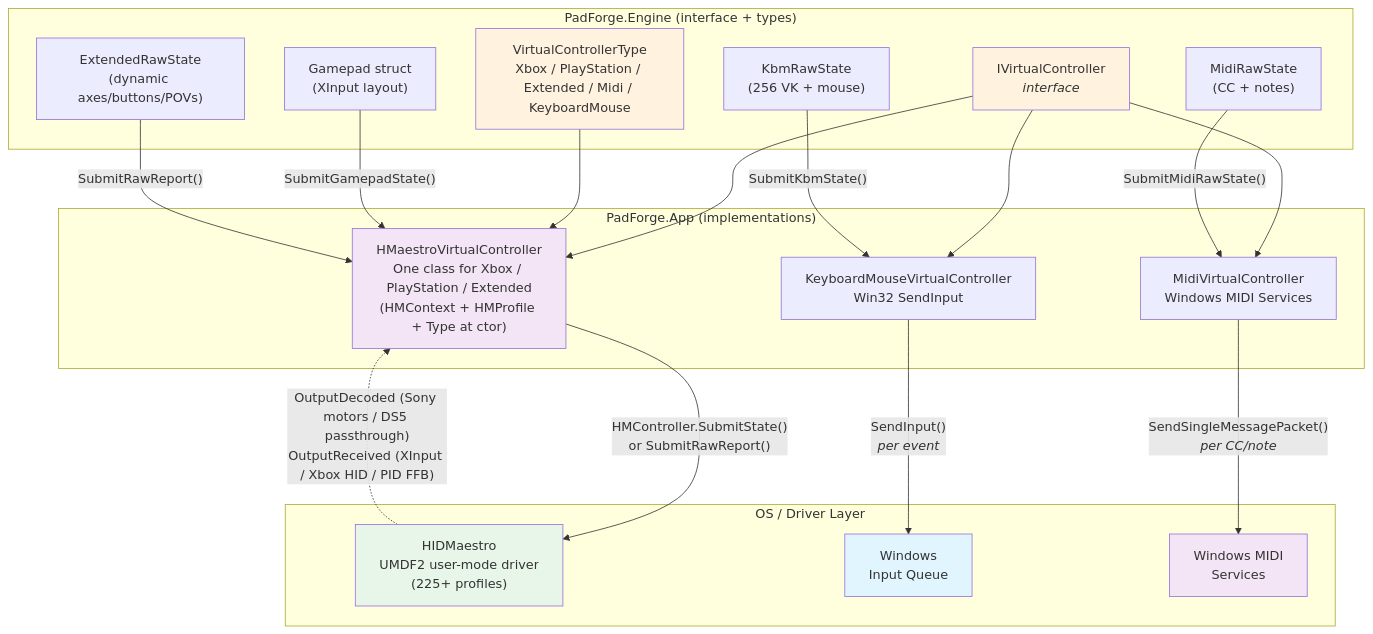
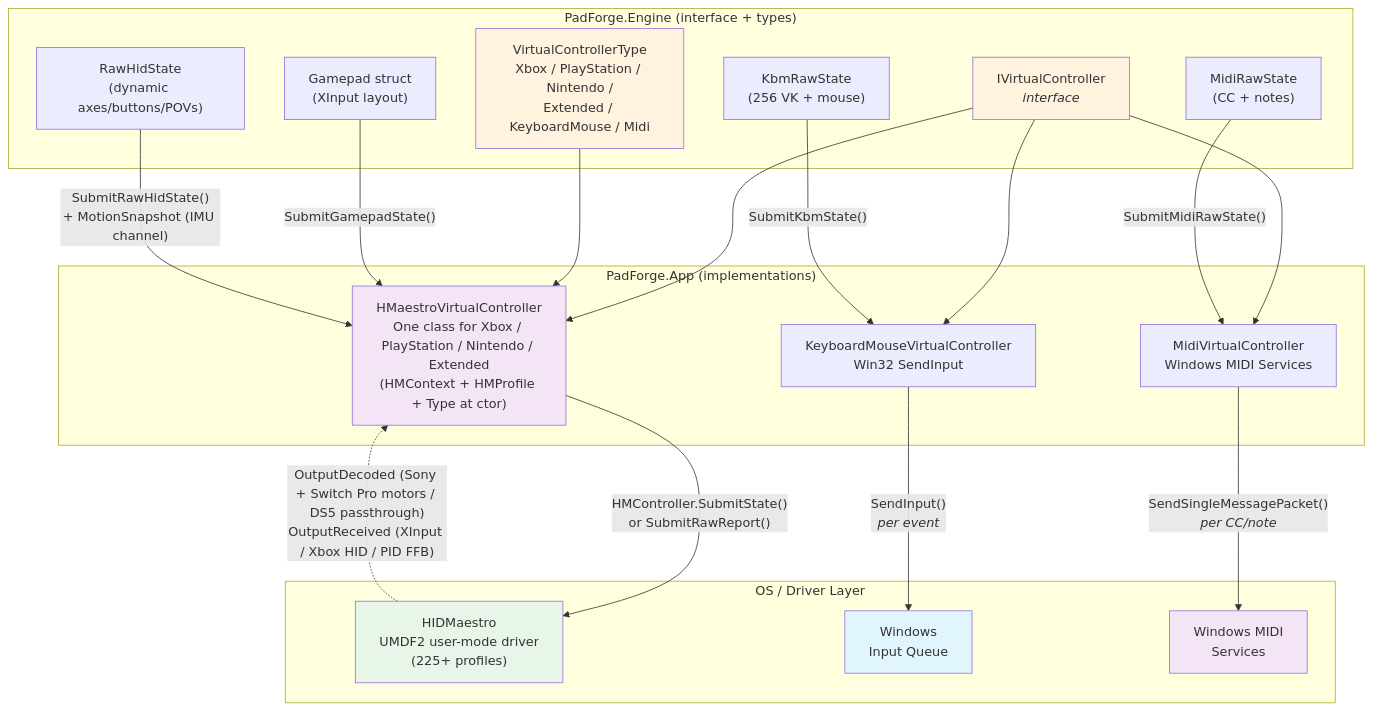
The diagram in wiki/features/virtual-controllers.md (hifihedgehog/padforge.org), drawn with Mermaid before and after one commit. The commit also changed other lines of this file and 308 other files, not shown here.

````diff
--- a/wiki/features/virtual-controllers.md
+++ b/wiki/features/virtual-controllers.md
@@ -17,44 +19,44 @@
 ```mermaid
 graph TB
     subgraph Engine["PadForge.Engine (interface + types)"]
         IVC["IVirtualController<br/><i>interface</i>"]
-        VCT["VirtualControllerType<br/>Xbox / PlayStation / Extended / Midi / KeyboardMouse"]
+        VCT["VirtualControllerType<br/>Xbox / PlayStation / Nintendo /<br/>Extended / KeyboardMouse / Midi"]
         GP["Gamepad struct<br/>(XInput layout)"]
-        ERS["ExtendedRawState<br/>(dynamic axes/buttons/POVs)"]
+        ERS["RawHidState<br/>(dynamic axes/buttons/POVs)"]
         KRS["KbmRawState<br/>(256 VK + mouse)"]
         MRS["MidiRawState<br/>(CC + notes)"]
     end
 
     subgraph App["PadForge.App (implementations)"]
-        HMVC["HMaestroVirtualController<br/>One class for Xbox / PlayStation / Extended<br/>(HMContext + HMProfile + Type at ctor)"]
+        HMVC["HMaestroVirtualController<br/>One class for Xbox / PlayStation / Nintendo / Extended<br/>(HMContext + HMProfile + Type at ctor)"]
         KBM["KeyboardMouseVirtualController<br/>Win32 SendInput"]
         MIDI["MidiVirtualController<br/>Windows MIDI Services"]
     end
 
     subgraph Drivers["OS / Driver Layer"]
         HM["HIDMaestro<br/>UMDF2 user-mode driver<br/>(225+ profiles)"]
         WIN["Windows<br/>Input Queue"]
         WMS["Windows MIDI<br/>Services"]
     end
 
     IVC --> HMVC & KBM & MIDI
     VCT --> HMVC
 
     GP -->|"SubmitGamepadState()"| HMVC
-    ERS -->|"SubmitRawReport()"| HMVC
+    ERS -->|"SubmitRawHidState()<br/>+ MotionSnapshot (IMU channel)"| HMVC
     KRS -->|"SubmitKbmState()"| KBM
     MRS -->|"SubmitMidiRawState()"| MIDI
 
     HMVC -->|"HMController.SubmitState()<br/>or SubmitRawReport()"| HM
     KBM -->|"SendInput()<br/><i>per event</i>"| WIN
     MIDI -->|"SendSingleMessagePacket()<br/><i>per CC/note</i>"| WMS
 
-    HM -.->|"OutputDecoded (Sony motors / DS5 passthrough)<br/>OutputReceived (XInput / Xbox HID / PID FFB)"| HMVC
+    HM -.->|"OutputDecoded (Sony + Switch Pro motors / DS5 passthrough)<br/>OutputReceived (XInput / Xbox HID / PID FFB)"| HMVC
 
     style IVC fill:#fff3e0
     style VCT fill:#fff3e0
     style HMVC fill:#f3e5f5
     style HM fill:#e8f5e9
     style WIN fill:#e1f5fe
     style WMS fill:#f3e5f5
 ```
````
